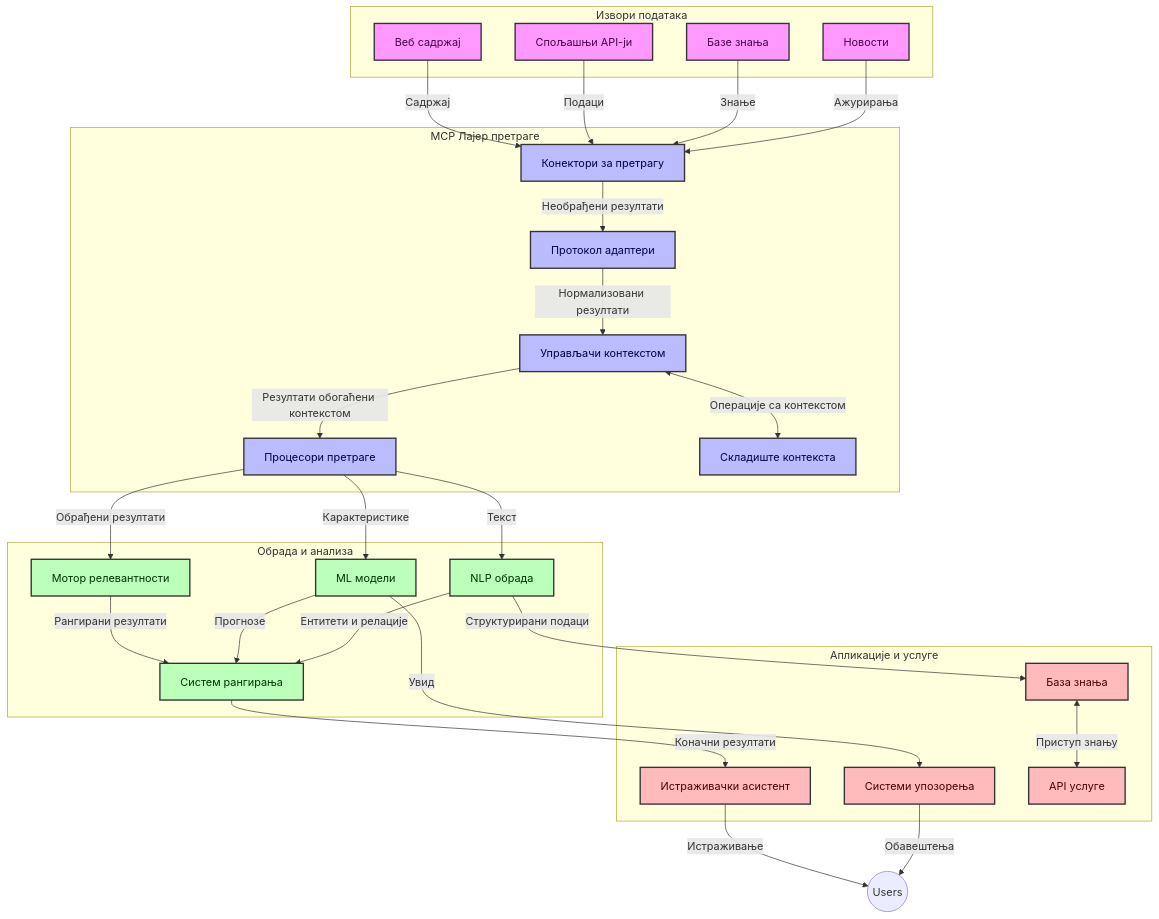
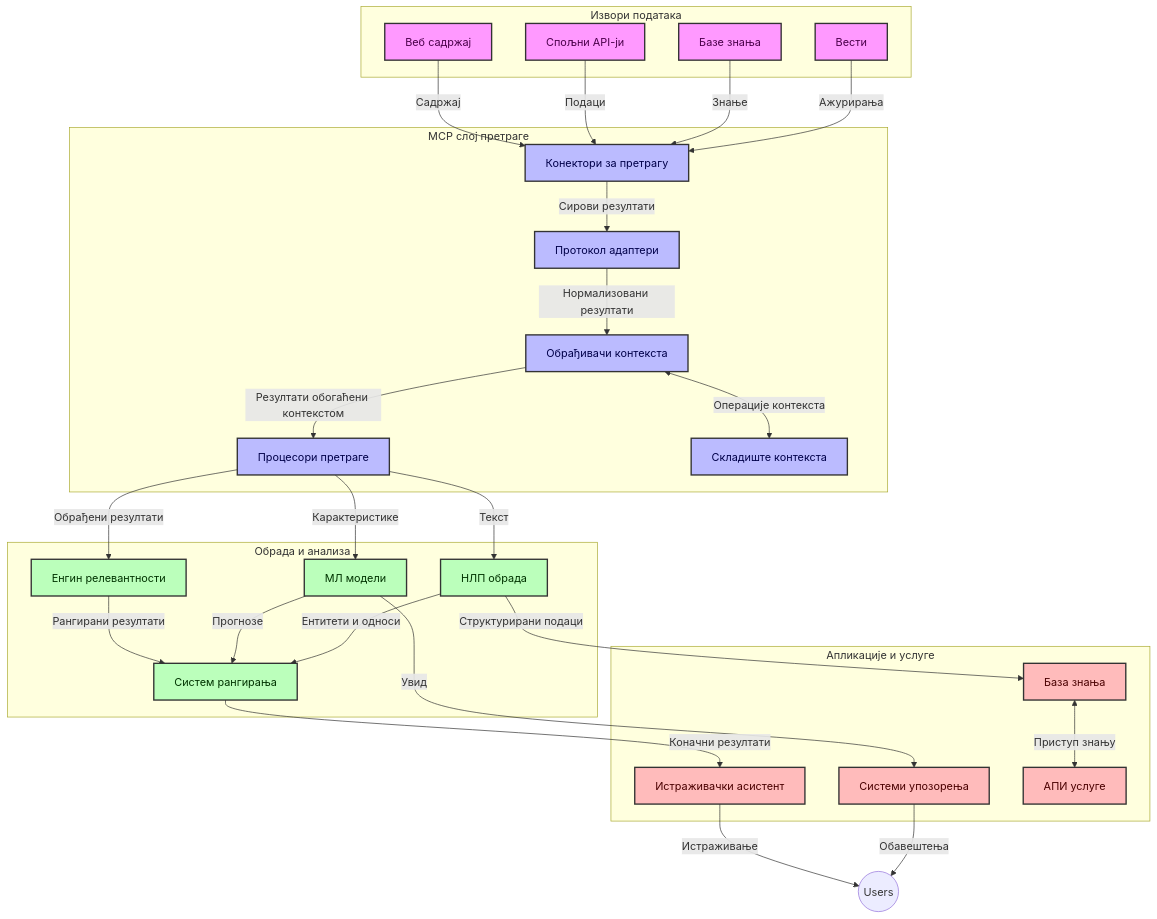
The first of 4 diagrams in translations/sr/05-AdvancedTopics/mcp-realtimesearch/README.md (microsoft/mcp-for-beginners), drawn with Mermaid before and after one commit. The commit also changed other lines of this file and 154 other files, not shown here.

````diff
--- a/translations/sr/05-AdvancedTopics/mcp-realtimesearch/README.md
+++ b/translations/sr/05-AdvancedTopics/mcp-realtimesearch/README.md
@@ -109,66 +109,66 @@
 ```mermaid
 graph TD
     subgraph "Извори података"
         Web[Веб садржај]
-        APIs[Спољашњи API-ји]
+        APIs[Спољни API-ји]
         DB[Базе знања]
-        News[Новости]
+        News[Вести]
     end
 
-    subgraph "MCP Лајер претраге"
+    subgraph "MCP слој претраге"
         SC[Конектори за претрагу]
         PA[Протокол адаптери]
-        CH[Управљачи контекстом]
+        CH[Обрађивачи контекста]
         SP[Процесори претраге]
         CS[Складиште контекста]
     end
 
     subgraph "Обрада и анализа"
-        RE[Мотор релевантности]
-        ML[ML модели]
-        NLP[NLP обрада]
+        RE[Енгин релевантности]
+        ML[МЛ модели]
+        NLP[НЛП обрада]
         Rank[Систем рангирања]
     end
 
     subgraph "Апликације и услуге"
         RA[Истраживачки асистент]
         Alerts[Системи упозорења]
         KB[База знања]
-        API[API услуге]
+        API[АПИ услуге]
     end
 
     Web -->|Садржај| SC
     APIs -->|Подаци| SC
     DB -->|Знање| SC
     News -->|Ажурирања| SC
     
-    SC -->|Необрађени резултати| PA
+    SC -->|Сирови резултати| PA
     PA -->|Нормализовани резултати| CH
-    CH <-->|Операције са контекстом| CS
+    CH <-->|Операције контекста| CS
     CH -->|Резултати обогаћени контекстом| SP
     SP -->|Обрађени резултати| RE
     SP -->|Карактеристике| ML
     SP -->|Текст| NLP
     
     RE -->|Рангирани резултати| Rank
     ML -->|Прогнозе| Rank
-    NLP -->|Ентитети и релације| Rank
+    NLP -->|Ентитети и односи| Rank
     
     Rank -->|Коначни резултати| RA
     ML -->|Увид| Alerts
     NLP -->|Структурирани подаци| KB
     
     RA -->|Истраживање| Users((Users))
     Alerts -->|Обавештења| Users
     KB <-->|Приступ знању| API
 
     classDef sources fill:#f9f,stroke:#333,stroke-width:2px,color:#4a004a
     classDef mcp fill:#bbf,stroke:#333,stroke-width:2px,color:#00004a
     classDef processing fill:#bfb,stroke:#333,stroke-width:2px,color:#003300
     classDef apps fill:#fbb,stroke:#333,stroke-width:2px,color:#4a0000
     
     class Web,APIs,DB,News sources
     class SC,PA,CH,SP,CS mcp
     class RE,ML,NLP,Rank processing
     class RA,Alerts,KB,API apps
 ```
````
